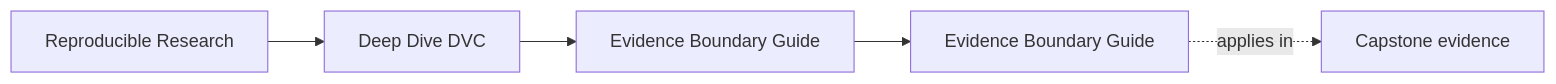
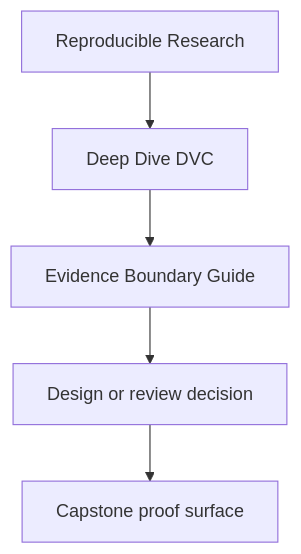
The first of 2 diagrams in programs/reproducible-research/deep-dive-dvc/course-book/reference/evidence-boundary-guide.md (bijux/bijux-masterclass), drawn with Mermaid before and after one commit. The commit also changed other lines of this file and 31 other files, not shown here.

Commit message:
docs(deep-dive-dvc): sharpen guide and reference diagrams

````diff
--- a/programs/reproducible-research/deep-dive-dvc/course-book/reference/evidence-boundary-guide.md
+++ b/programs/reproducible-research/deep-dive-dvc/course-book/reference/evidence-boundary-guide.md
@@ -9,11 +9,7 @@
 ```mermaid
-graph LR
-  family["Reproducible Research"]
-  program["Deep Dive DVC"]
-  section["Evidence Boundary Guide"]
-  page["Evidence Boundary Guide"]
-  capstone["Capstone evidence"]
-
-  family --> program --> section --> page
-  page -.applies in.-> capstone
+flowchart TD
+  family["Reproducible Research"] --> program["Deep Dive DVC"]
+  program --> reference["Evidence Boundary Guide"]
+  reference --> review["Design or review decision"]
+  review --> capstone["Capstone proof surface"]
 ```
````
